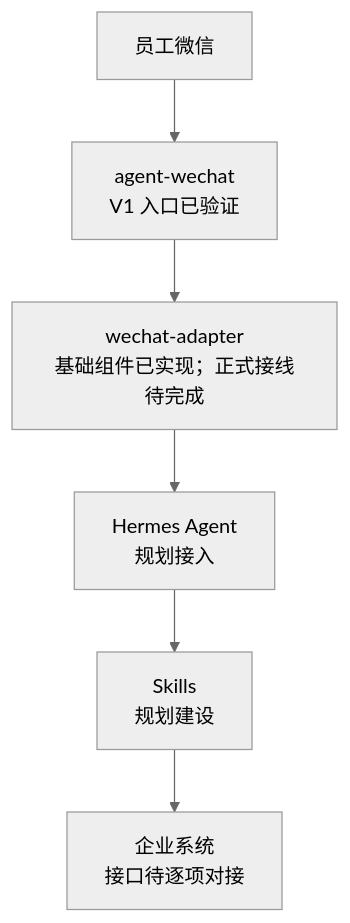
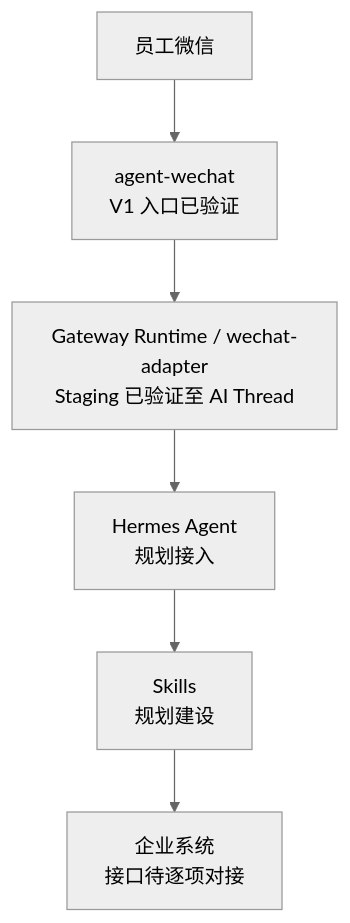
One commit to Tangbohu09527/CF_ecommerce-automation-docs changed the first of 3 diagrams in architecture/wechat-hermes-integration.md. Above: the diagram before and after it, drawn with Mermaid (neutral theme). The commit also changed other lines of this file and 19 other files, not shown here.

Commit message:
docs: record gateway staging wechat validation

````diff
--- a/architecture/wechat-hermes-integration.md
+++ b/architecture/wechat-hermes-integration.md
@@ -35,8 +35,8 @@
 ```mermaid
 flowchart TB
     E["员工微信"] --> A["agent-wechat<br/>V1 入口已验证"]
-    A --> W["wechat-adapter<br/>基础组件已实现；正式接线待完成"]
+    A --> W["Gateway Runtime / wechat-adapter<br/>Staging 已验证至 AI Thread"]
     W --> H["Hermes Agent<br/>规划接入"]
     H --> S["Skills<br/>规划建设"]
     S --> B["企业系统<br/>接口待逐项对接"]
 ```
````
